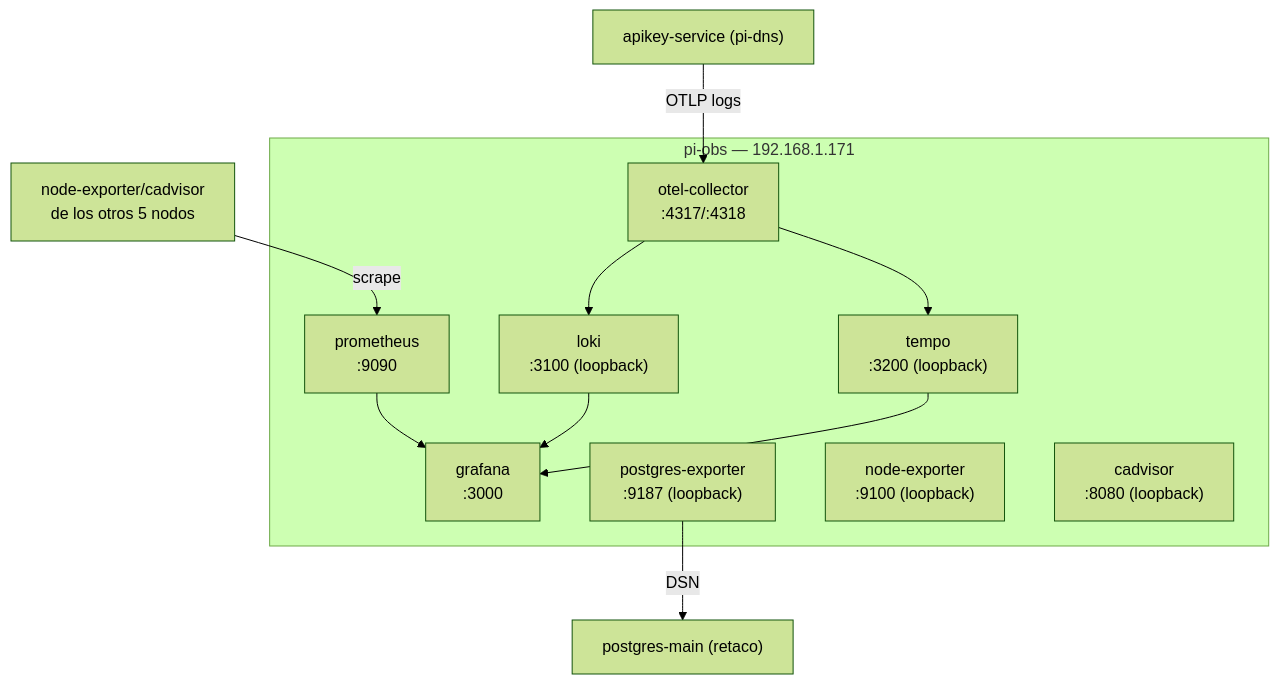
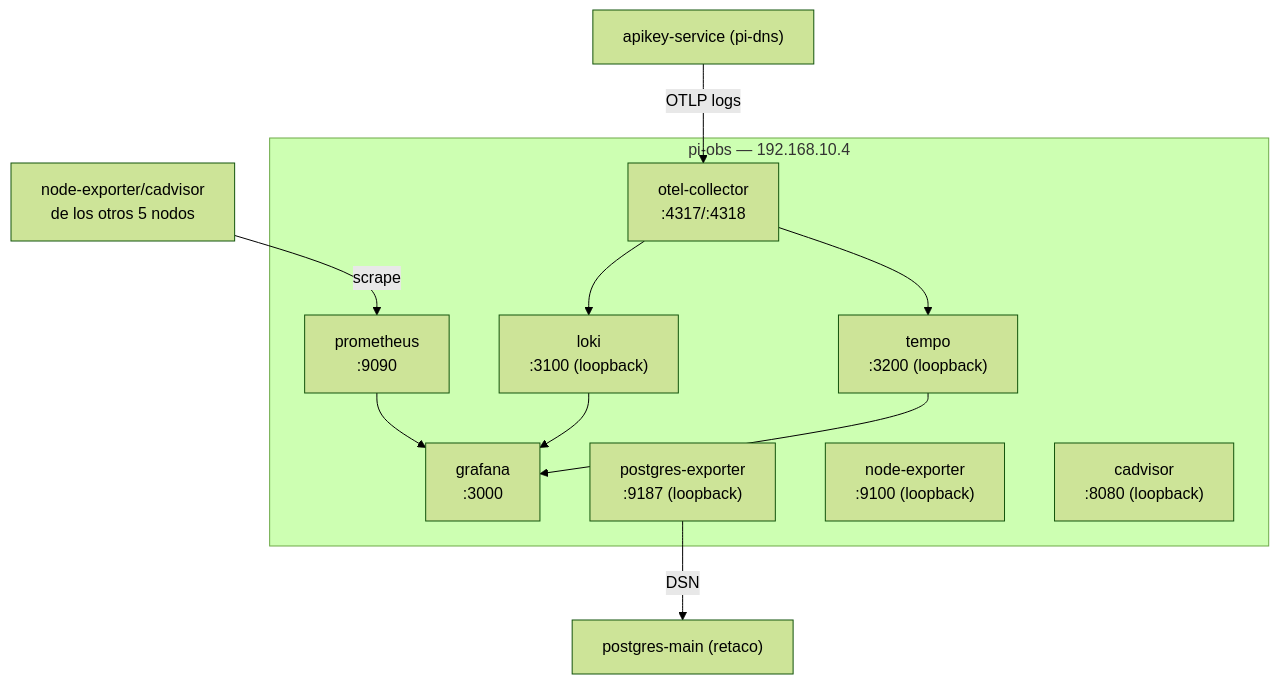
Before and after one commit to impalah/homelab-cluster: the diagram in docs/08-instalacion-pi2-observabilidad.md, drawn with Mermaid (forest theme). The commit also changed other lines of this file and 41 other files, not shown here.

````diff
--- a/docs/08-instalacion-pi2-observabilidad.md
+++ b/docs/08-instalacion-pi2-observabilidad.md
@@ -18,22 +20,22 @@
 ```mermaid
 flowchart TB
-    subgraph piobs["pi-obs — 192.168.1.171"]
+    subgraph piobs["pi-obs — 192.168.10.4"]
         OTEL["otel-collector\n:4317/:4318"]
         PROM["prometheus\n:9090"]
         GRAF["grafana\n:3000"]
         LOKI["loki\n:3100 (loopback)"]
         TEMPO["tempo\n:3200 (loopback)"]
         PGEXP["postgres-exporter\n:9187 (loopback)"]
         NE["node-exporter\n:9100 (loopback)"]
         CA["cadvisor\n:8080 (loopback)"]
     end
 
     OtrosNodos["node-exporter/cadvisor\nde los otros 5 nodos"] -->|scrape| PROM
     PGEXP -->|DSN| PGMAIN["postgres-main (retaco)"]
     OTEL --> LOKI
     OTEL --> TEMPO
     PROM --> GRAF
     LOKI --> GRAF
     TEMPO --> GRAF
     ApikeyService["apikey-service (pi-dns)"] -->|OTLP logs| OTEL
 ```
````
